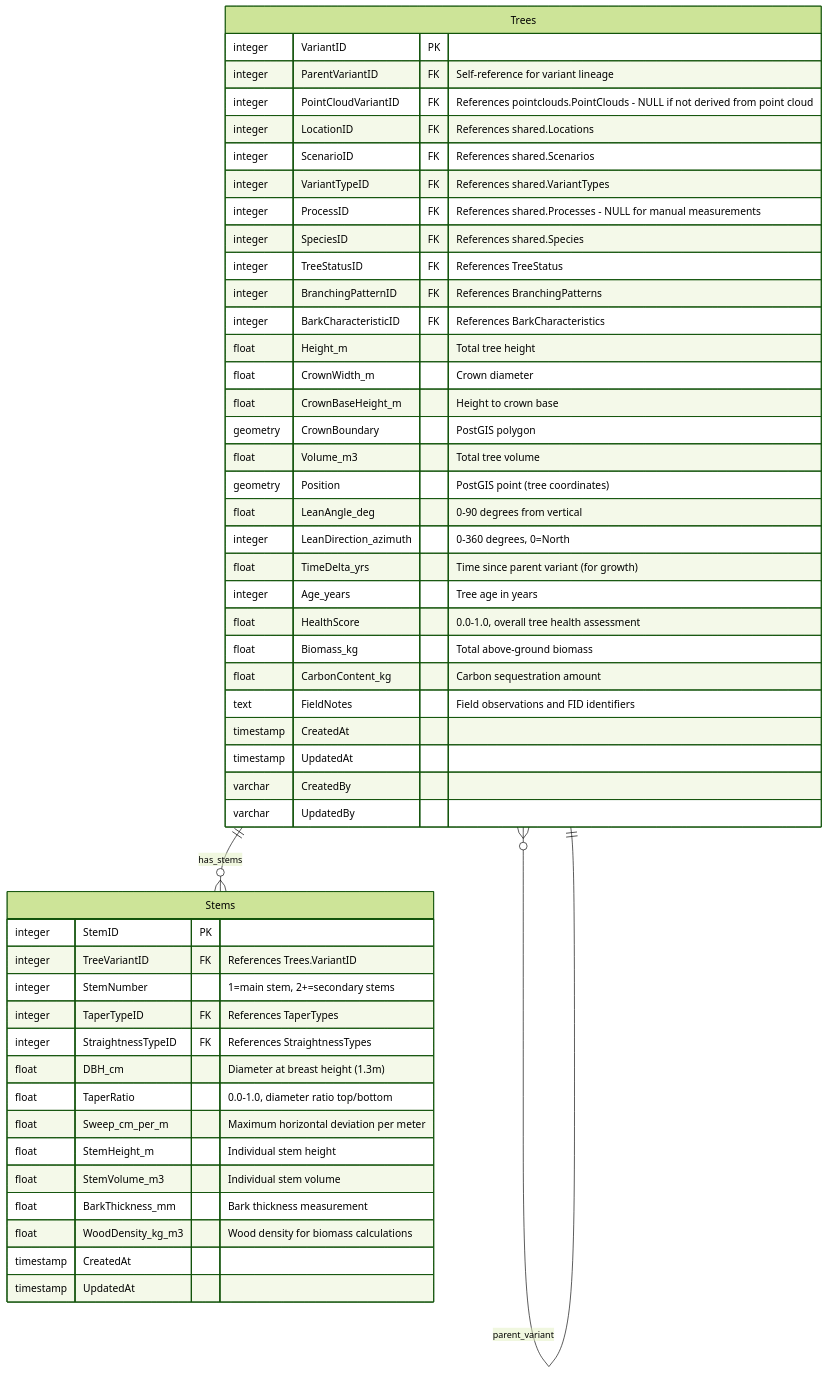
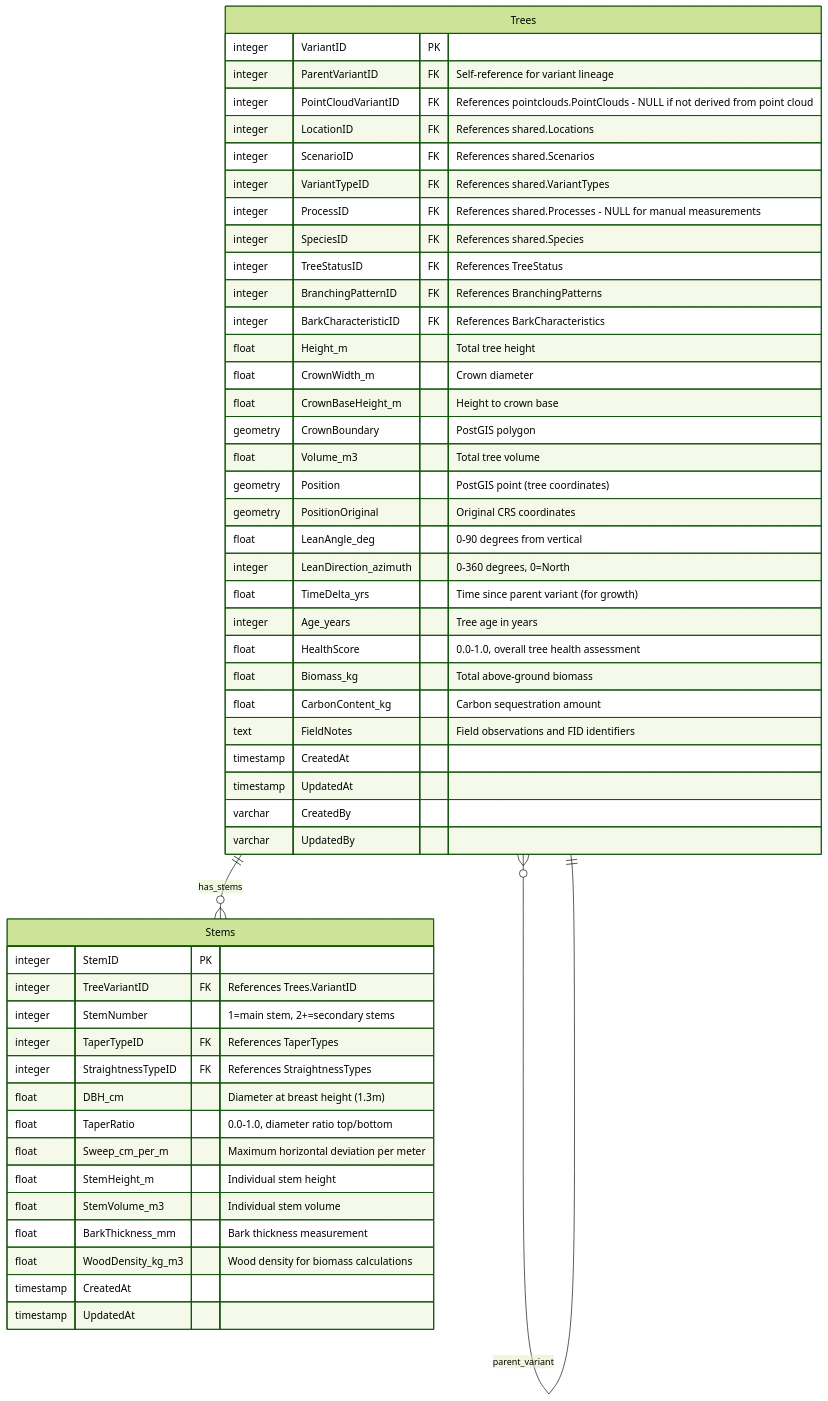
The ninth of 11 diagrams in docs/database-schema.md (XRFutureForests/digital-twin-db), drawn with Mermaid (forest theme) before and after one commit. The commit also changed other lines of this file and 10 other files, not shown here.

````diff
--- a/docs/database-schema.md
+++ b/docs/database-schema.md
@@ -414,54 +414,55 @@
 ```mermaid
 erDiagram
     Trees {
         integer VariantID PK
         integer ParentVariantID FK "Self-reference for variant lineage"
         integer PointCloudVariantID FK "References pointclouds.PointClouds - NULL if not derived from point cloud"
         integer LocationID FK "References shared.Locations"
         integer ScenarioID FK "References shared.Scenarios"
         integer VariantTypeID FK "References shared.VariantTypes"
         integer ProcessID FK "References shared.Processes - NULL for manual measurements"
         integer SpeciesID FK "References shared.Species"
         integer TreeStatusID FK "References TreeStatus"
         integer BranchingPatternID FK "References BranchingPatterns"
         integer BarkCharacteristicID FK "References BarkCharacteristics"
         float Height_m "Total tree height"
         float CrownWidth_m "Crown diameter"
         float CrownBaseHeight_m "Height to crown base"
         geometry CrownBoundary "PostGIS polygon"
         float Volume_m3 "Total tree volume"
         geometry Position "PostGIS point (tree coordinates)"
+        geometry PositionOriginal "Original CRS coordinates"
         float LeanAngle_deg "0-90 degrees from vertical"
         integer LeanDirection_azimuth "0-360 degrees, 0=North"
         float TimeDelta_yrs "Time since parent variant (for growth)"
         integer Age_years "Tree age in years"
         float HealthScore "0.0-1.0, overall tree health assessment"
         float Biomass_kg "Total above-ground biomass"
         float CarbonContent_kg "Carbon sequestration amount"
         text FieldNotes "Field observations and FID identifiers"
         timestamp CreatedAt
         timestamp UpdatedAt
         varchar CreatedBy
         varchar UpdatedBy
     }
 
     Stems {
         integer StemID PK
         integer TreeVariantID FK "References Trees.VariantID"
         integer StemNumber "1=main stem, 2+=secondary stems"
         integer TaperTypeID FK "References TaperTypes"
         integer StraightnessTypeID FK "References StraightnessTypes"
         float DBH_cm "Diameter at breast height (1.3m)"
         float TaperRatio "0.0-1.0, diameter ratio top/bottom"
         float Sweep_cm_per_m "Maximum horizontal deviation per meter"
         float StemHeight_m "Individual stem height"
         float StemVolume_m3 "Individual stem volume"
         float BarkThickness_mm "Bark thickness measurement"
         float WoodDensity_kg_m3 "Wood density for biomass calculations"
         timestamp CreatedAt
         timestamp UpdatedAt
     }
 
     Trees ||--o{ Stems : "has_stems"
     Trees }o--|| Trees : "parent_variant"
 ```
````
